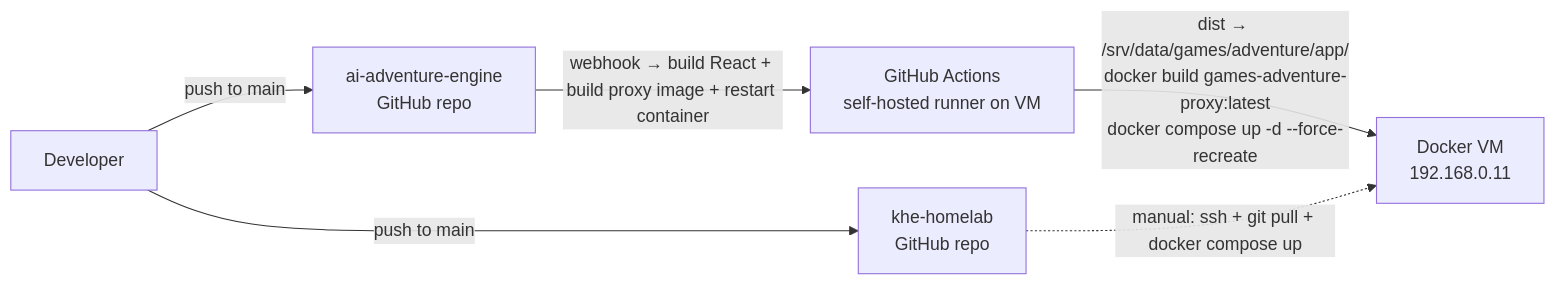
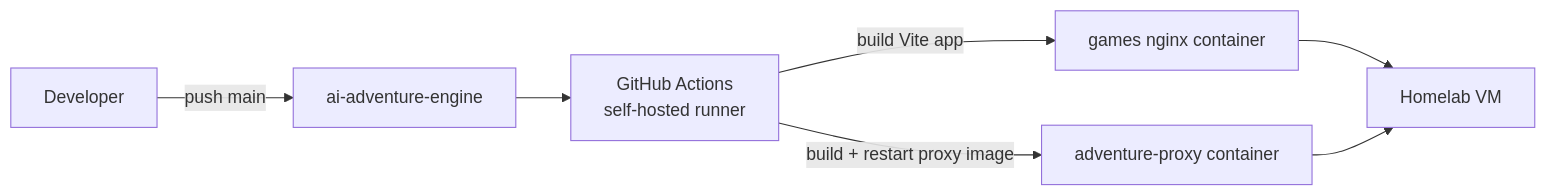
Before and after one commit to khelias/ai-adventure-engine: the fourth of 4 diagrams in docs/ARCHITECTURE.md, drawn with Mermaid. The commit also changed other lines of this file and 6 other files, not shown here.

````diff
--- a/docs/ARCHITECTURE.md
+++ b/docs/ARCHITECTURE.md
@@ -256,14 +202,16 @@
 ```mermaid
 flowchart LR
     Dev["Developer"]
-    AERepo["ai-adventure-engine<br/>GitHub repo"]
-    HLRepo["khe-homelab<br/>GitHub repo"]
-    GHA["GitHub Actions<br/>self-hosted runner on VM"]
-    VM["Docker VM<br/>192.168.0.11"]
+    Repo["ai-adventure-engine"]
+    Runner["GitHub Actions<br/>self-hosted runner"]
+    VM["Homelab VM"]
+    Nginx["games nginx container"]
+    Proxy["adventure-proxy container"]
 
-    Dev -->|"push to main"| AERepo
-    Dev -->|"push to main"| HLRepo
-    AERepo -->|"webhook → build React + build proxy image + restart container"| GHA
-    GHA -->|"dist → /srv/data/games/adventure/app/<br/>docker build games-adventure-proxy:latest<br/>docker compose up -d --force-recreate"| VM
-    HLRepo -.->|"manual: ssh + git pull + docker compose up"| VM
+    Dev -->|"push main"| Repo
+    Repo --> Runner
+    Runner -->|"build Vite app"| Nginx
+    Runner -->|"build + restart proxy image"| Proxy
+    Nginx --> VM
+    Proxy --> VM
 ```
````
